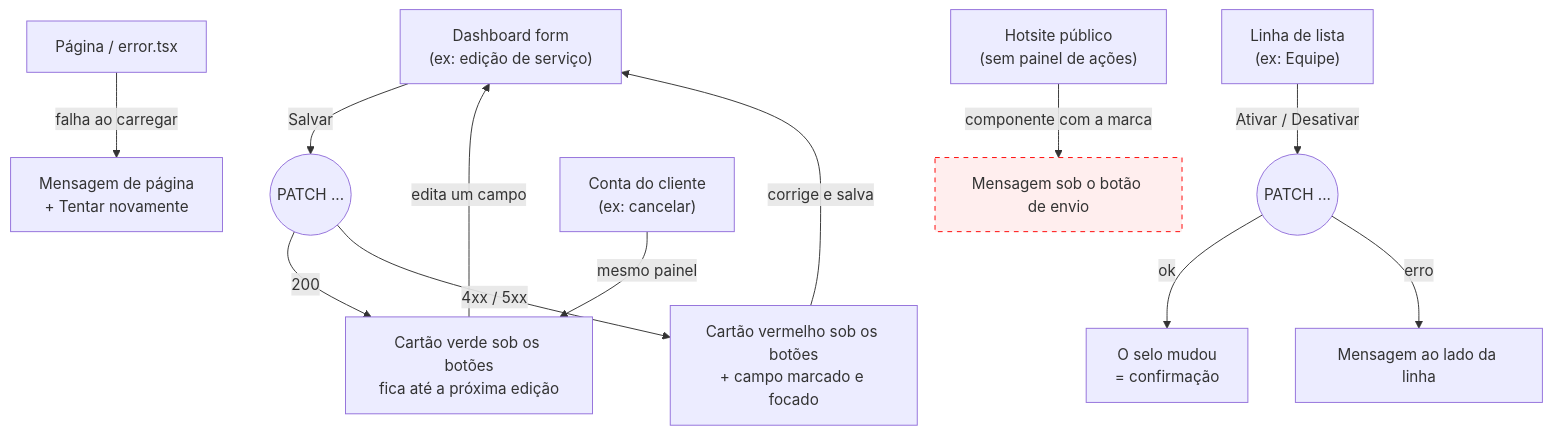
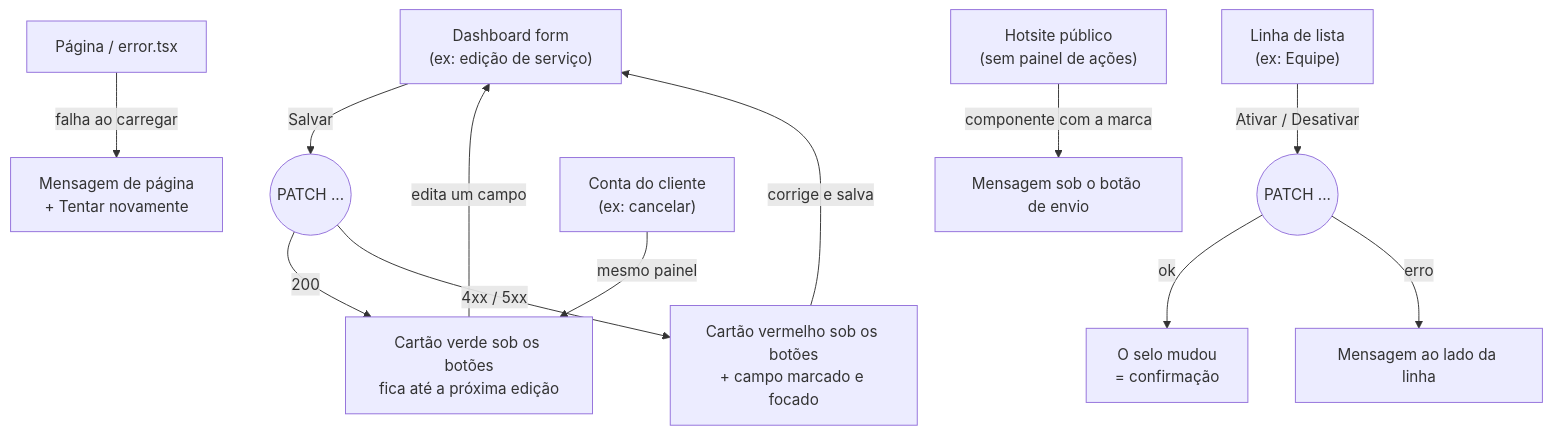
The diagram in journeys/manager/feedback-pane.md (lmmoreira/ikaro), drawn with Mermaid before and after one commit. The commit also changed other lines of this file and 91 other files, not shown here.

````diff
--- a/journeys/manager/feedback-pane.md
+++ b/journeys/manager/feedback-pane.md
@@ -10,20 +10,18 @@
 ```mermaid
 flowchart TD
     Edit["Dashboard form<br/>(ex: edição de serviço)"] -->|"Salvar"| Call(("PATCH ..."))
     Call -->|"200"| Ok["Cartão verde sob os botões<br/>fica até a próxima edição"]
     Call -->|"4xx / 5xx"| Err["Cartão vermelho sob os botões<br/>+ campo marcado e focado"]
     Ok -->|"edita um campo"| Edit
     Err -->|"corrige e salva"| Edit
 
     Row["Linha de lista<br/>(ex: Equipe)"] -->|"Ativar / Desativar"| RowCall(("PATCH ..."))
     RowCall -->|"ok"| Badge["O selo mudou<br/>= confirmação"]
     RowCall -->|"erro"| RowErr["Mensagem ao lado da linha"]
 
     Load["Página / error.tsx"] -->|"falha ao carregar"| Page["Mensagem de página<br/>+ Tentar novamente"]
 
     Cust["Conta do cliente<br/>(ex: cancelar)"] -->|"mesmo painel"| Ok
     Pub["Hotsite público<br/>(sem painel de ações)"] -->|"componente com a marca"| PubMsg["Mensagem sob o botão de envio"]
 
-    classDef gap stroke:#f00,stroke-dasharray: 5 5,fill:#fee
-    class PubMsg gap
 ```
````
